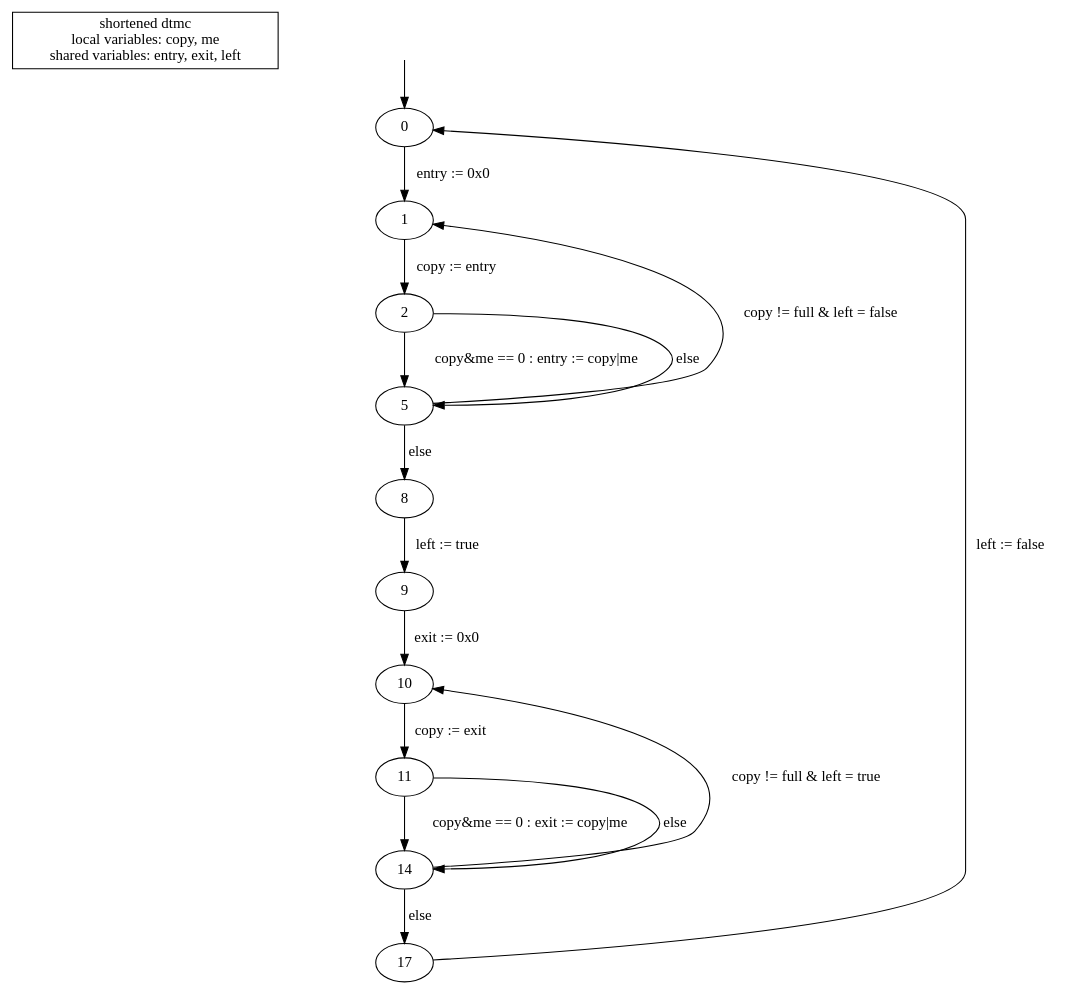
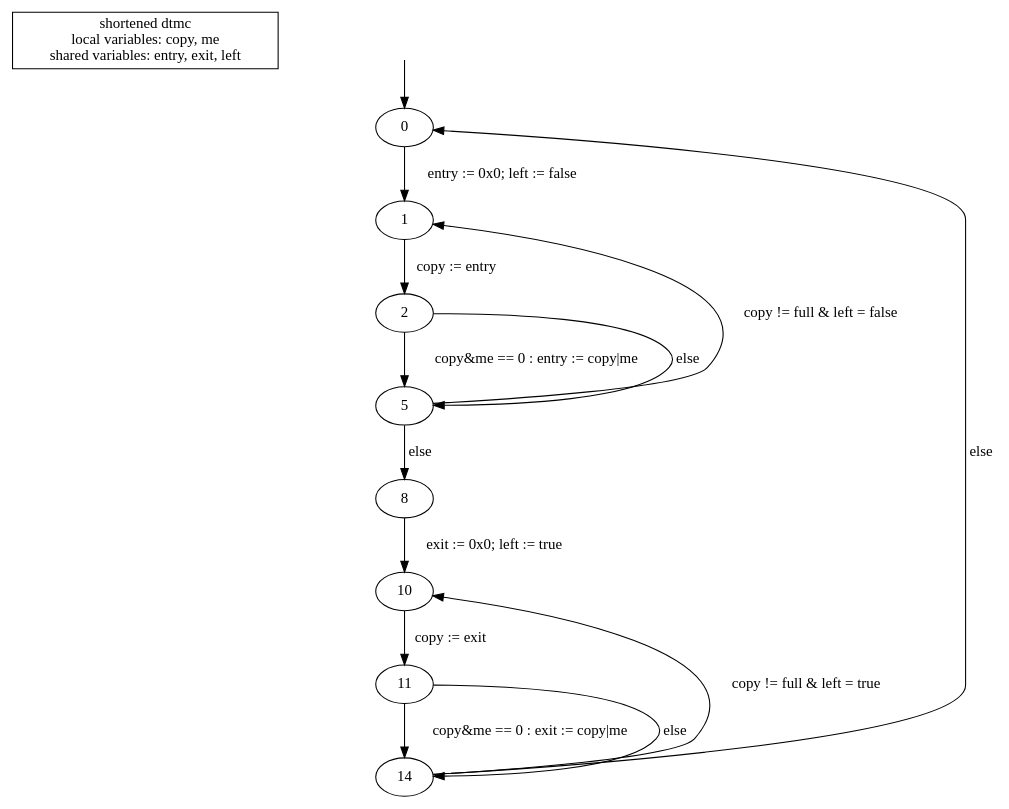
One commit to hydroo/minor-thesis-barriers changed the diagram in barrier-attempt/model-prism-ctmc/model-shortened-dtmc.dot. Above: the diagram before and after it, drawn with Graphviz. The commit also changed 1 other file, not shown here.

Commit message:
shorten mdp 3:  * make "entr/exit := 0 and left:=false/true" one edge

```diff
--- a/barrier-attempt/model-prism-ctmc/model-shortened-dtmc.dot
+++ b/barrier-attempt/model-prism-ctmc/model-shortened-dtmc.dot
@@ -1,28 +1,25 @@
 digraph {
 
 	"shortened dtmc\nlocal variables: copy, me\nshared variables: entry, exit, left" [nojustify=true, shape=box]
 	
 	initial_state_source [style=invis]
 	initial_state_source -> "0"
 
-	"0"  -> "1"  [weight=10, label="entry := 0x0"]
+	"0"  -> "1"  [weight=10, label="entry := 0x0; left := false"]
 	"1"  -> "2"  [weight=10, label="copy := entry"]
 
 	"2"  -> "5"  [weight=10, label="copy&me == 0 : entry := copy|me"]
 	"2"  -> "5"  [label="else"]
 
 	"5"  -> "1"  [label="copy != full & left = false"]
 	"5"  -> "8"  [weight=10, label="else"]
 
-	"8"  -> "9"  [weight=10, label="left := true"]
-	"9"  -> "10" [weight=10, label="exit := 0x0"]
+	"8"  -> "10"  [weight=10, label="exit := 0x0; left := true"]
 
 	"10" -> "11" [weight=10, label="copy := exit"]
 	"11" -> "14" [weight=10, label="copy&me == 0 : exit := copy|me"]
 	"11" -> "14" [label="else"]
 
 	"14" -> "10" [label="copy != full & left = true"]
-	"14" -> "17" [weight=10, label="else"]
-
-	"17" -> "0"  [label="left := false"]
+	"14" -> "0" [label="else"]
 }
```
